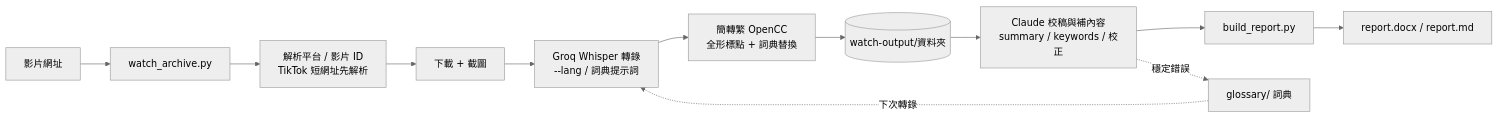
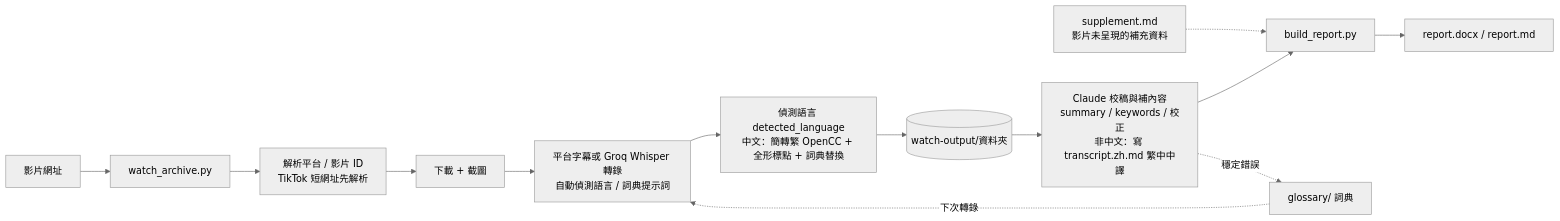
One commit to smlht2005/watch-video changed the diagram in README.md. Above: the diagram before and after it, drawn with Mermaid (neutral theme). The commit also changed other lines of this file, not shown here.

First line of the commit message:
README: sync with language detection, zh translation, supplement.md, new glossary domains

````diff
--- a/README.md
+++ b/README.md
@@ -33,14 +33,15 @@
 ```mermaid
 flowchart LR
     A[影片網址] --> B[watch_archive.py]
     B --> B1[解析平台 / 影片 ID<br/>TikTok 短網址先解析]
     B1 --> B2[下載 + 截圖]
-    B2 --> B3[Groq Whisper 轉錄<br/>--lang / 詞典提示詞]
-    B3 --> B4[簡轉繁 OpenCC<br/>全形標點 + 詞典替換]
+    B2 --> B3[平台字幕或 Groq Whisper 轉錄<br/>自動偵測語言 / 詞典提示詞]
+    B3 --> B4[偵測語言 detected_language<br/>中文：簡轉繁 OpenCC + 全形標點 + 詞典替換]
     B4 --> C[(watch-output/資料夾)]
-    C --> D[Claude 校稿與補內容<br/>summary / keywords / 校正]
+    C --> D[Claude 校稿與補內容<br/>summary / keywords / 校正<br/>非中文：寫 transcript.zh.md 繁中中譯]
+    S[supplement.md<br/>影片未呈現的補充資料] -.-> E
     D --> E[build_report.py]
     E --> F[report.docx / report.md]
     D -. 穩定錯誤 .-> G[glossary/ 詞典]
     G -. 下次轉錄 .-> B3
 ```
````
